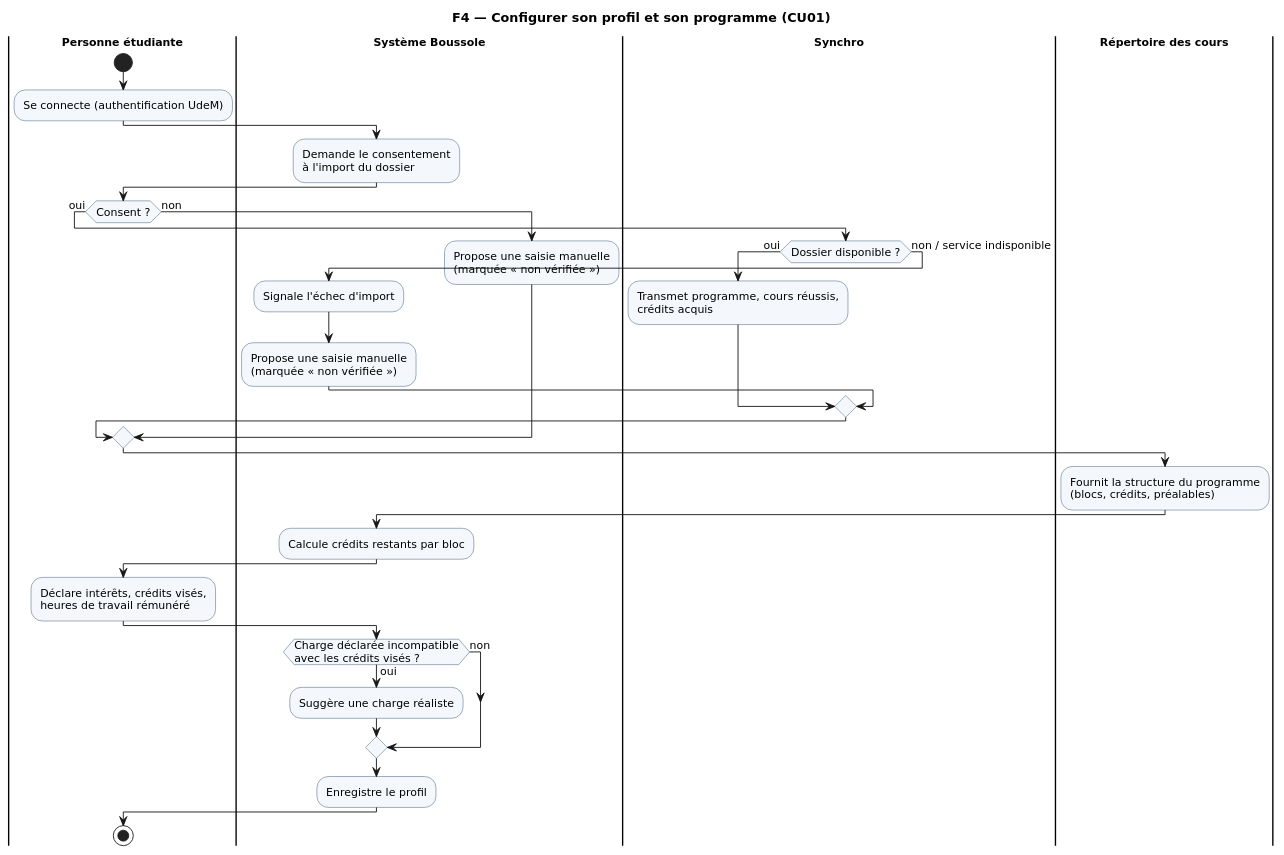
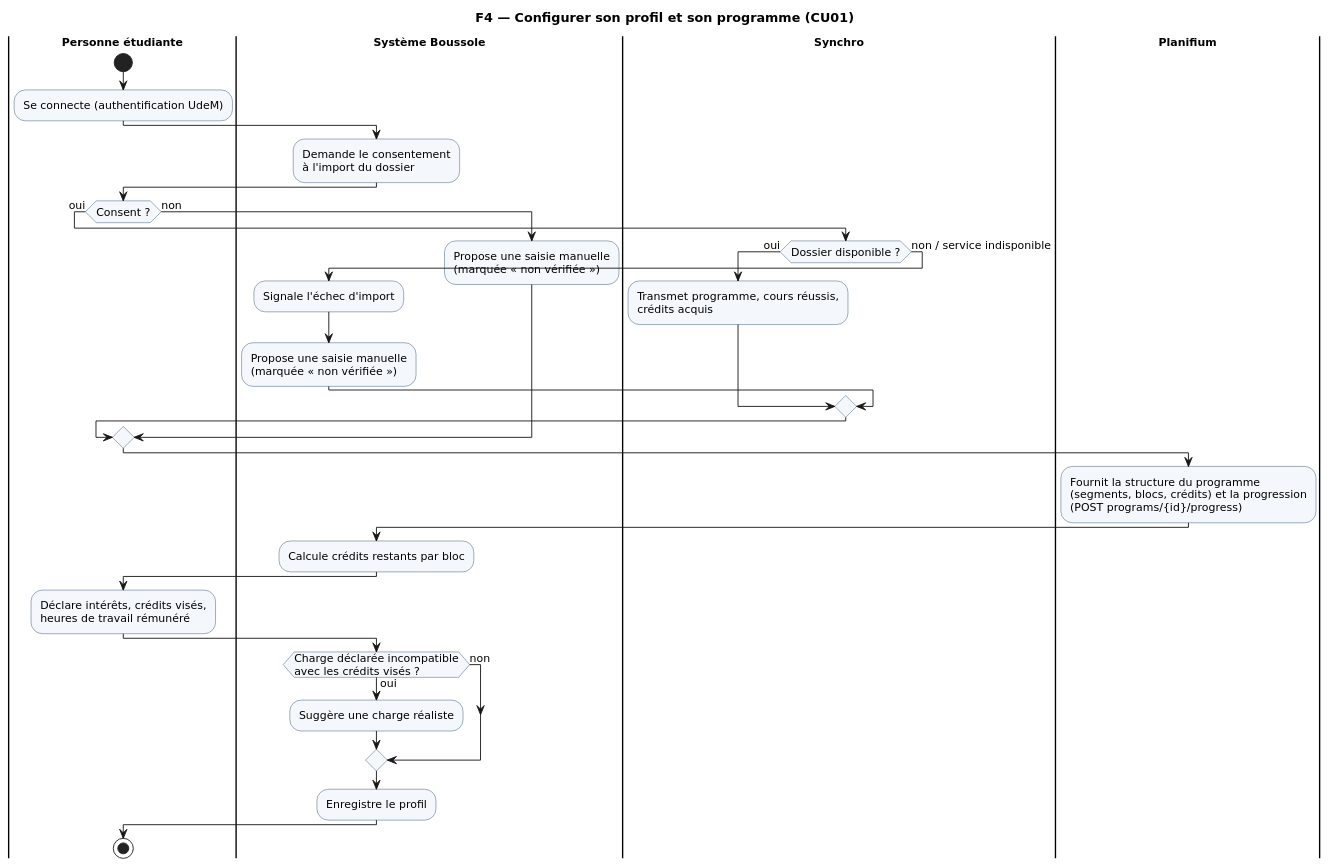
Before and after one commit to sndsbst-bit/IFT1225Projet: the diagram in docs/diagrammes/A2-F4-configurer-profil.puml, drawn with PlantUML. The commit also changed 14 other files, not shown here.

Commit message:
Phase 2 : révision des diagrammes de la phase 1

```diff
--- a/docs/diagrammes/A2-F4-configurer-profil.puml
+++ b/docs/diagrammes/A2-F4-configurer-profil.puml
@@ -1,43 +1,44 @@
 @startuml A2-F4-configurer-profil
+' Révision phase 2 : la structure du programme provient de Planifium.
 skinparam defaultFontName DejaVu Sans
 skinparam defaultFontSize 12
 skinparam shadowing false
 skinparam ActivityBackgroundColor #F4F7FB
 skinparam ActivityBorderColor #2F4F6F
 skinparam SwimlaneTitleFontStyle bold
 title F4 — Configurer son profil et son programme (CU01)
 |Personne étudiante|
 start
 :Se connecte (authentification UdeM);
 |Système Boussole|
 :Demande le consentement\nà l'import du dossier;
 |Personne étudiante|
 if (Consent ?) then (oui)
   |Synchro|
   if (Dossier disponible ?) then (oui)
     :Transmet programme, cours réussis,\ncrédits acquis;
     |Système Boussole|
   else (non / service indisponible)
     |Système Boussole|
     :Signale l'échec d'import;
     :Propose une saisie manuelle\n(marquée « non vérifiée »);
   endif
 else (non)
   |Système Boussole|
   :Propose une saisie manuelle\n(marquée « non vérifiée »);
 endif
-|Répertoire des cours|
-:Fournit la structure du programme\n(blocs, crédits, préalables);
+|Planifium|
+:Fournit la structure du programme\n(segments, blocs, crédits) et la progression\n(POST programs/{id}/progress);
 |Système Boussole|
 :Calcule crédits restants par bloc;
 |Personne étudiante|
 :Déclare intérêts, crédits visés,\nheures de travail rémunéré;
 |Système Boussole|
 if (Charge déclarée incompatible\navec les crédits visés ?) then (oui)
   :Suggère une charge réaliste;
 else (non)
 endif
 :Enregistre le profil;
 |Personne étudiante|
 stop
 @enduml
```
